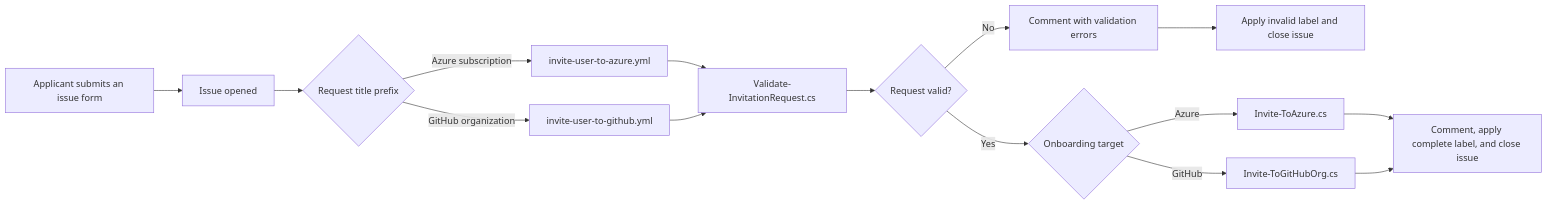
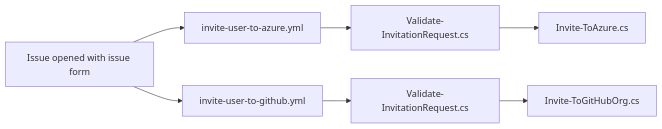
Before and after one commit to devrel-kr/invitation: the diagram in README.md, drawn with Mermaid.

Commit message:
Simplify onboarding flow diagram
Show only the issue-form entry point and the workflow, validator, and
invitation script used by each onboarding target.

````diff
--- a/README.md
+++ b/README.md
@@ -31,21 +31,12 @@
 ```mermaid
 flowchart LR
-    A[Applicant submits an issue form] --> B[Issue opened]
-    B --> C{Request title prefix}
+    A[Issue opened with issue form]
 
-    C -->|Azure subscription| D[invite-user-to-azure.yml]
-    C -->|GitHub organization| E[invite-user-to-github.yml]
+    A --> B[invite-user-to-azure.yml]
+    B --> C[Validate-InvitationRequest.cs]
+    C --> D[Invite-ToAzure.cs]
 
-    D --> F[Validate-InvitationRequest.cs]
-    E --> F
-    F --> G{Request valid?}
-
-    G -->|No| H[Comment with validation errors]
-    H --> I[Apply invalid label and close issue]
-
-    G -->|Yes| J{Onboarding target}
-    J -->|Azure| K[Invite-ToAzure.cs]
-    J -->|GitHub| L[Invite-ToGitHubOrg.cs]
-    K --> M[Comment, apply complete label, and close issue]
-    L --> M
+    A --> E[invite-user-to-github.yml]
+    E --> F[Validate-InvitationRequest.cs]
+    F --> G[Invite-ToGitHubOrg.cs]
 ```
````
